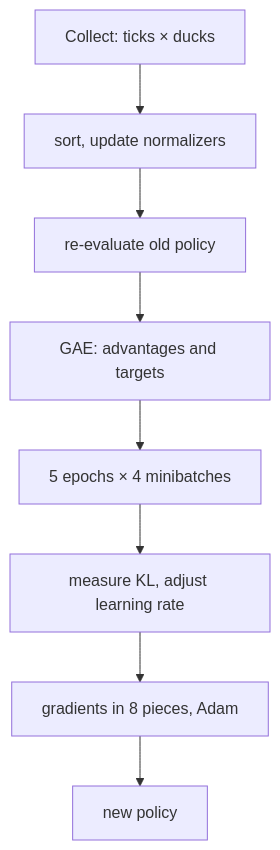
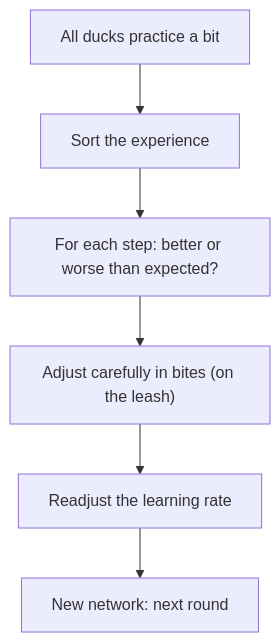
One commit to ChristianHohlfeld/kernengine.de changed the third of 4 diagrams in kern/docs/book-green/A-neural-networks.md. Above: the diagram before and after it, drawn with Mermaid. The commit also changed other lines of this file and 22 other files, not shown here.

````diff
--- a/kern/docs/book-green/A-neural-networks.md
+++ b/kern/docs/book-green/A-neural-networks.md
@@ -514,10 +637,9 @@
 ```mermaid
+%% Caption: A PPO training round as a whole
 flowchart TD
-  S["Collect: ticks × ducks"] --> K["sort, update normalizers"]
-  K --> E["re-evaluate old policy"]
-  E --> G["GAE: advantages and targets"]
-  G --> MB["5 epochs × 4 minibatches"]
-  MB --> KL["measure KL, adjust learning rate"]
-  KL --> AD["gradients in 8 pieces, Adam"]
-  AD --> Ende["new policy"]
+  S["All ducks practice a bit"] --> K["Sort the experience"]
+  K --> G["For each step: better or worse than expected?"]
+  G --> MB["Adjust carefully in bites (on the leash)"]
+  MB --> AD["Readjust the learning rate"]
+  AD --> Ende["New network: next round"]
 ```
````
